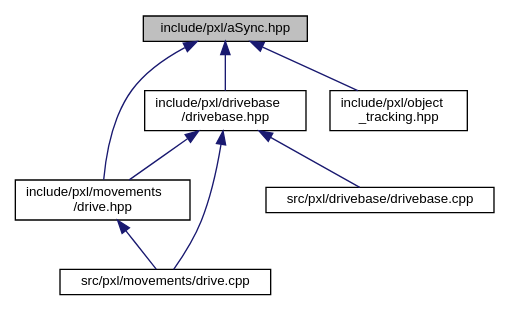
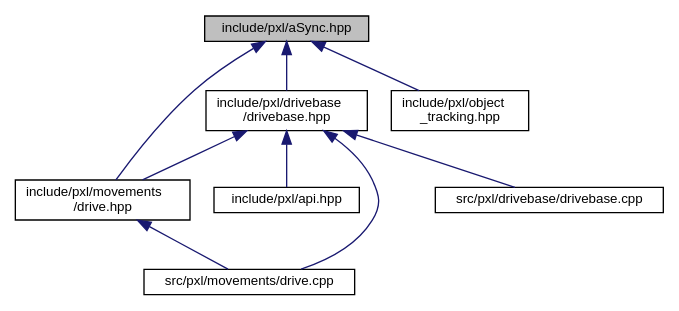
The diagram in aSync_8hpp__dep__incl.dot (Pixel-Lib/Pixel), drawn with Graphviz before and after one commit. The commit also changed 14 other files, not shown here.

```diff
--- a/aSync_8hpp__dep__incl.dot
+++ b/aSync_8hpp__dep__incl.dot
@@ -1,19 +1,21 @@
 digraph "include/pxl/aSync.hpp"
 {
  // LATEX_PDF_SIZE
   edge [fontname="Helvetica",fontsize="10",labelfontname="Helvetica",labelfontsize="10"];
   node [fontname="Helvetica",fontsize="10",shape=record];
   Node1 [label="include/pxl/aSync.hpp",height=0.2,width=0.4,color="black", fillcolor="grey75", style="filled", fontcolor="black",tooltip=" "];
   Node1 -> Node2 [dir="back",color="midnightblue",fontsize="10",style="solid",fontname="Helvetica"];
   Node2 [label="include/pxl/drivebase\l/drivebase.hpp",height=0.2,width=0.4,color="black", fillcolor="white", style="filled",URL="$drivebase_8hpp.html",tooltip=" "];
   Node2 -> Node3 [dir="back",color="midnightblue",fontsize="10",style="solid",fontname="Helvetica"];
-  Node3 [label="include/pxl/movements\l/drive.hpp",height=0.2,width=0.4,color="black", fillcolor="white", style="filled",URL="$drive_8hpp.html",tooltip=" "];
-  Node3 -> Node4 [dir="back",color="midnightblue",fontsize="10",style="solid",fontname="Helvetica"];
-  Node4 [label="src/pxl/movements/drive.cpp",height=0.2,width=0.4,color="black", fillcolor="white", style="filled",URL="$drive_8cpp.html",tooltip=" "];
+  Node3 [label="include/pxl/api.hpp",height=0.2,width=0.4,color="black", fillcolor="white", style="filled",URL="$api_8hpp.html",tooltip=" "];
+  Node2 -> Node4 [dir="back",color="midnightblue",fontsize="10",style="solid",fontname="Helvetica"];
+  Node4 [label="include/pxl/movements\l/drive.hpp",height=0.2,width=0.4,color="black", fillcolor="white", style="filled",URL="$drive_8hpp.html",tooltip=" "];
+  Node4 -> Node5 [dir="back",color="midnightblue",fontsize="10",style="solid",fontname="Helvetica"];
+  Node5 [label="src/pxl/movements/drive.cpp",height=0.2,width=0.4,color="black", fillcolor="white", style="filled",URL="$drive_8cpp.html",tooltip=" "];
+  Node2 -> Node6 [dir="back",color="midnightblue",fontsize="10",style="solid",fontname="Helvetica"];
+  Node6 [label="src/pxl/drivebase/drivebase.cpp",height=0.2,width=0.4,color="black", fillcolor="white", style="filled",URL="$drivebase_8cpp.html",tooltip=" "];
   Node2 -> Node5 [dir="back",color="midnightblue",fontsize="10",style="solid",fontname="Helvetica"];
-  Node5 [label="src/pxl/drivebase/drivebase.cpp",height=0.2,width=0.4,color="black", fillcolor="white", style="filled",URL="$drivebase_8cpp.html",tooltip=" "];
-  Node2 -> Node4 [dir="back",color="midnightblue",fontsize="10",style="solid",fontname="Helvetica"];
-  Node1 -> Node3 [dir="back",color="midnightblue",fontsize="10",style="solid",fontname="Helvetica"];
-  Node1 -> Node6 [dir="back",color="midnightblue",fontsize="10",style="solid",fontname="Helvetica"];
-  Node6 [label="include/pxl/object\l_tracking.hpp",height=0.2,width=0.4,color="black", fillcolor="white", style="filled",URL="$object__tracking_8hpp.html",tooltip=" "];
+  Node1 -> Node4 [dir="back",color="midnightblue",fontsize="10",style="solid",fontname="Helvetica"];
+  Node1 -> Node7 [dir="back",color="midnightblue",fontsize="10",style="solid",fontname="Helvetica"];
+  Node7 [label="include/pxl/object\l_tracking.hpp",height=0.2,width=0.4,color="black", fillcolor="white", style="filled",URL="$object__tracking_8hpp.html",tooltip=" "];
 }
```
